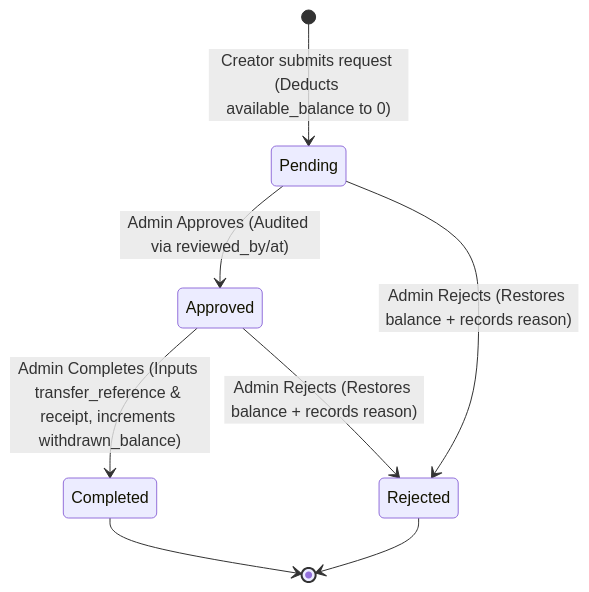
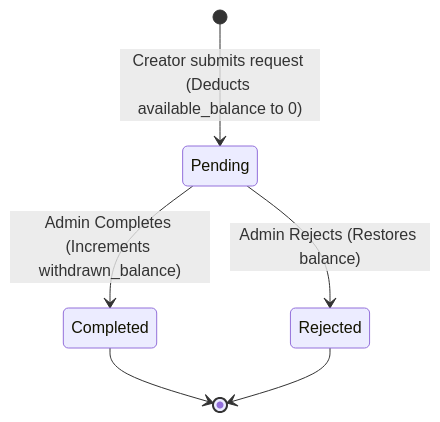
Before and after one commit to sofiangamalali/teraffirax-backend: the diagram in docs/withdraw_cycle_docs.md, drawn with Mermaid. The commit also changed other lines of this file and 118 other files, not shown here.

````diff
--- a/docs/withdraw_cycle_docs.md
+++ b/docs/withdraw_cycle_docs.md
@@ -67,10 +61,8 @@
 ```mermaid
 stateDiagram-v2
     [*] --> Pending : Creator submits request (Deducts available_balance to 0)
-    Pending --> Approved : Admin Approves (Audited via reviewed_by/at)
-    Pending --> Rejected : Admin Rejects (Restores balance + records reason)
-    Approved --> Completed : Admin Completes (Inputs transfer_reference & receipt, increments withdrawn_balance)
-    Approved --> Rejected : Admin Rejects (Restores balance + records reason)
+    Pending --> Completed : Admin Completes (Increments withdrawn_balance)
+    Pending --> Rejected : Admin Rejects (Restores balance)
     Completed --> [*]
     Rejected --> [*]
 ```
````
